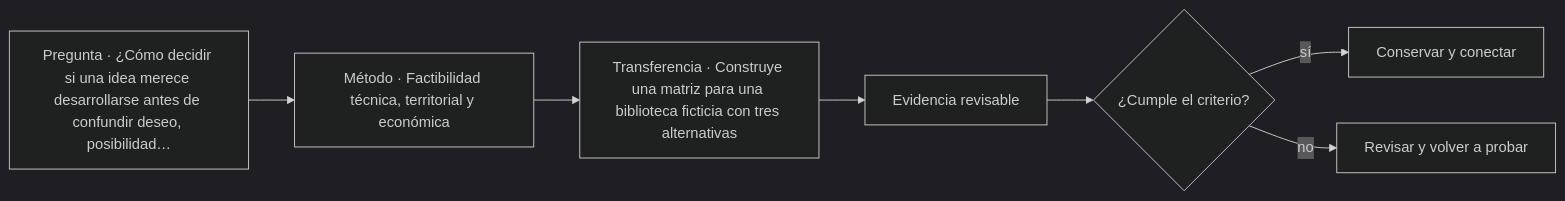
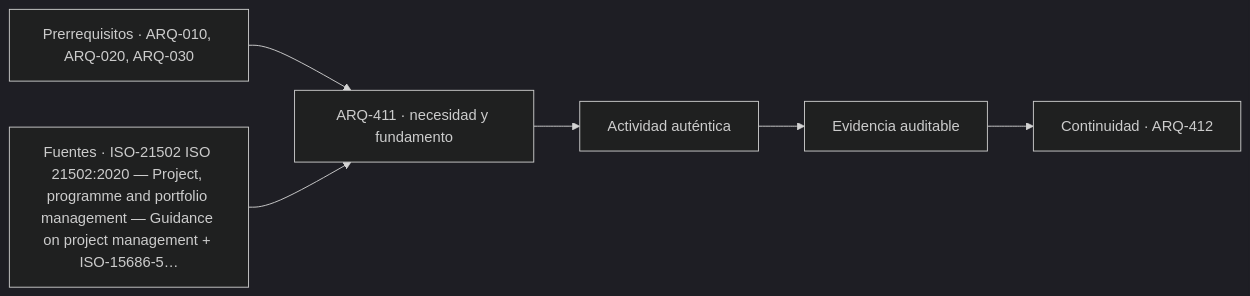
One commit to vladimiracunadev-create/architecture-built-environment-learning-program changed the diagram in classes/parte-42/ARQ-411.md. Above: the diagram before and after it, drawn with Mermaid (dark theme). The commit also changed other lines of this file and 761 other files, not shown here.

````diff
--- a/classes/parte-42/ARQ-411.md
+++ b/classes/parte-42/ARQ-411.md
@@ -75,9 +87,8 @@
 ```mermaid
 flowchart LR
-    Q["Pregunta · ¿Cómo decidir si una idea merece desarrollarse antes de confundir deseo, posibilidad…"] --> M["Método · Factibilidad técnica, territorial y económica"]
-    M --> P["Transferencia · Construye una matriz para una biblioteca ficticia con tres alternativas"]
-    P --> E["Evidencia revisable"]
-    E --> C{"¿Cumple el criterio?"}
-    C -->|sí| T["Conservar y conectar"]
-    C -->|no| R["Revisar y volver a probar"]
+    A["Prerrequisitos · ARQ-010, ARQ-020, ARQ-030"] --> B["ARQ-411 · necesidad y fundamento"]
+    S["Fuentes · ISO-21502 ISO 21502:2020 — Project, programme and portfolio management — Guidance on project management + ISO-15686-5…"] --> B
+    B --> C["Actividad auténtica"]
+    C --> D["Evidencia auditable"]
+    D --> E["Continuidad · ARQ-412"]
 ```
````
